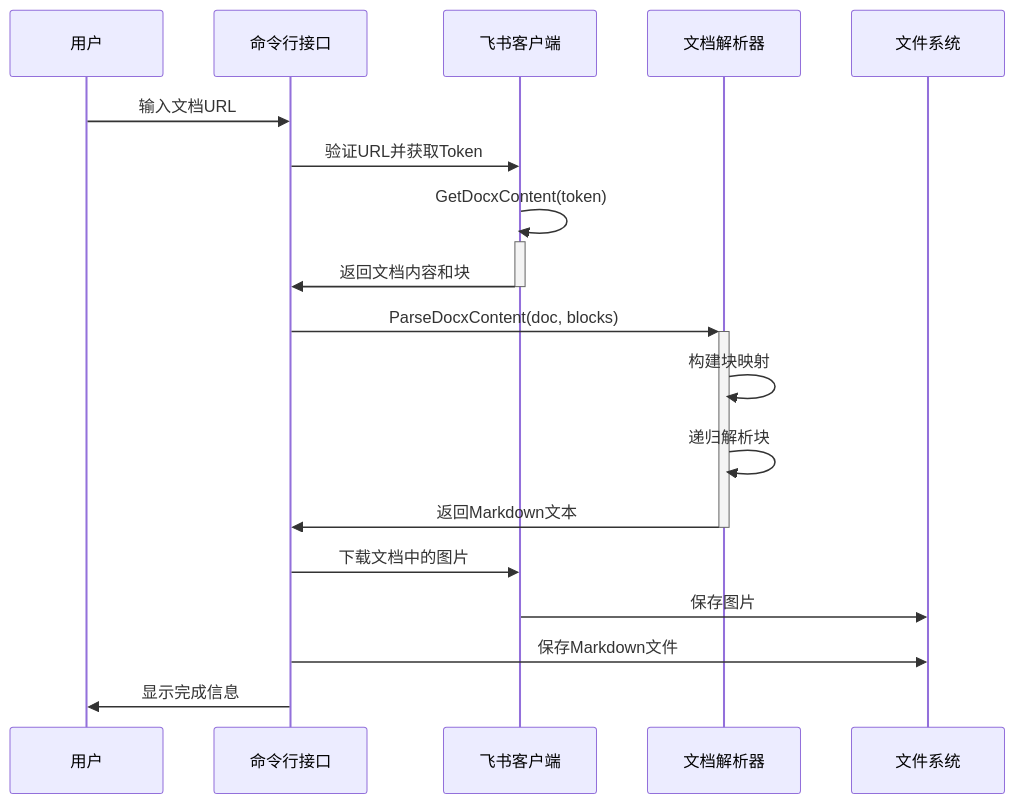
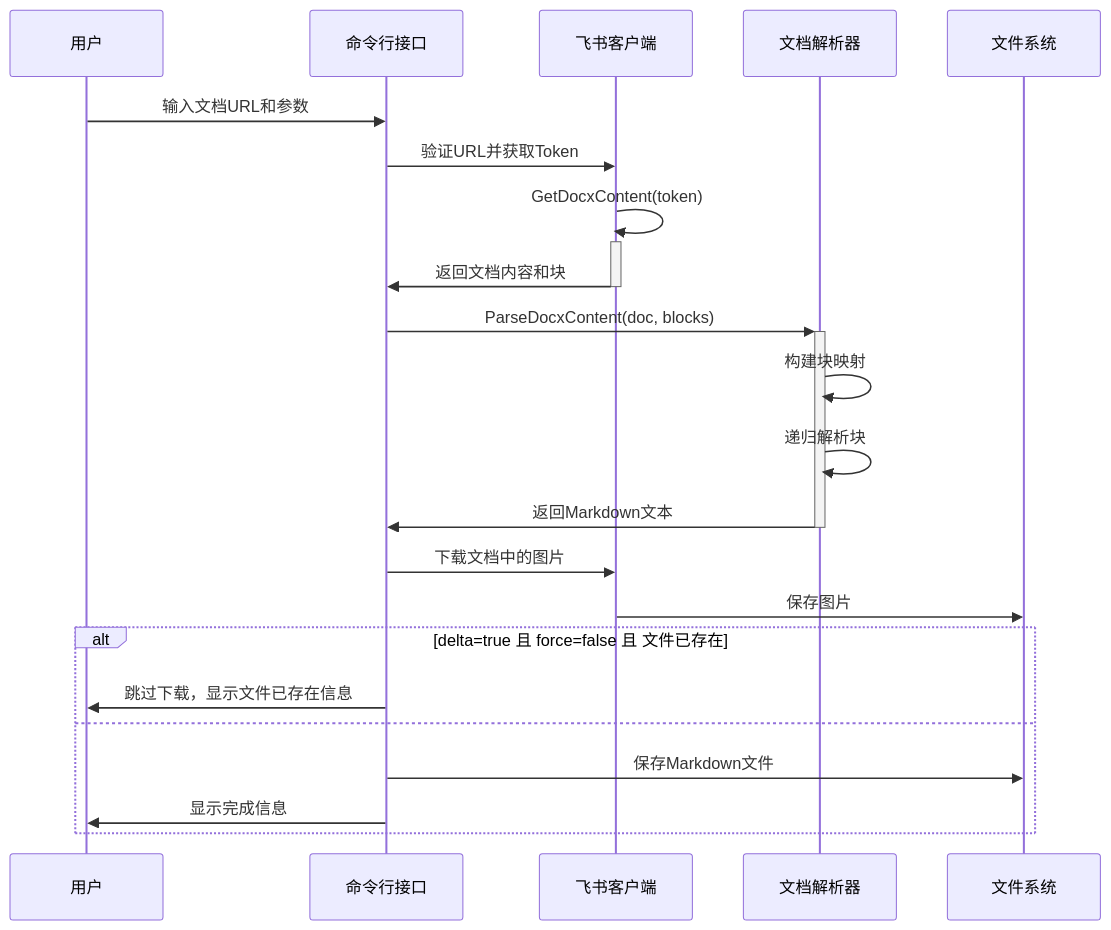
One commit to qiaogaojian/contribute_feishu2md changed the first of 3 diagrams in docs/implementation.md. Above: the diagram before and after it, drawn with Mermaid. The commit also changed other lines of this file and 3 other files, not shown here.

````diff
--- a/docs/implementation.md
+++ b/docs/implementation.md
@@ -198,21 +204,26 @@
 ```mermaid
 sequenceDiagram
     participant User as 用户
     participant CLI as 命令行接口
     participant Client as 飞书客户端
     participant Parser as 文档解析器
     participant FS as 文件系统
     
-    User->>CLI: 输入文档URL
+    User->>CLI: 输入文档URL和参数
     CLI->>Client: 验证URL并获取Token
     Client->>+Client: GetDocxContent(token)
     Client->>-CLI: 返回文档内容和块
     CLI->>+Parser: ParseDocxContent(doc, blocks)
     Parser->>Parser: 构建块映射
     Parser->>Parser: 递归解析块
     Parser->>-CLI: 返回Markdown文本
     CLI->>Client: 下载文档中的图片
     Client->>FS: 保存图片
-    CLI->>FS: 保存Markdown文件
-    CLI->>User: 显示完成信息
+    
+    alt delta=true 且 force=false 且 文件已存在
+        CLI->>User: 跳过下载，显示文件已存在信息
+    else
+        CLI->>FS: 保存Markdown文件
+        CLI->>User: 显示完成信息
+    end
 ```
````
